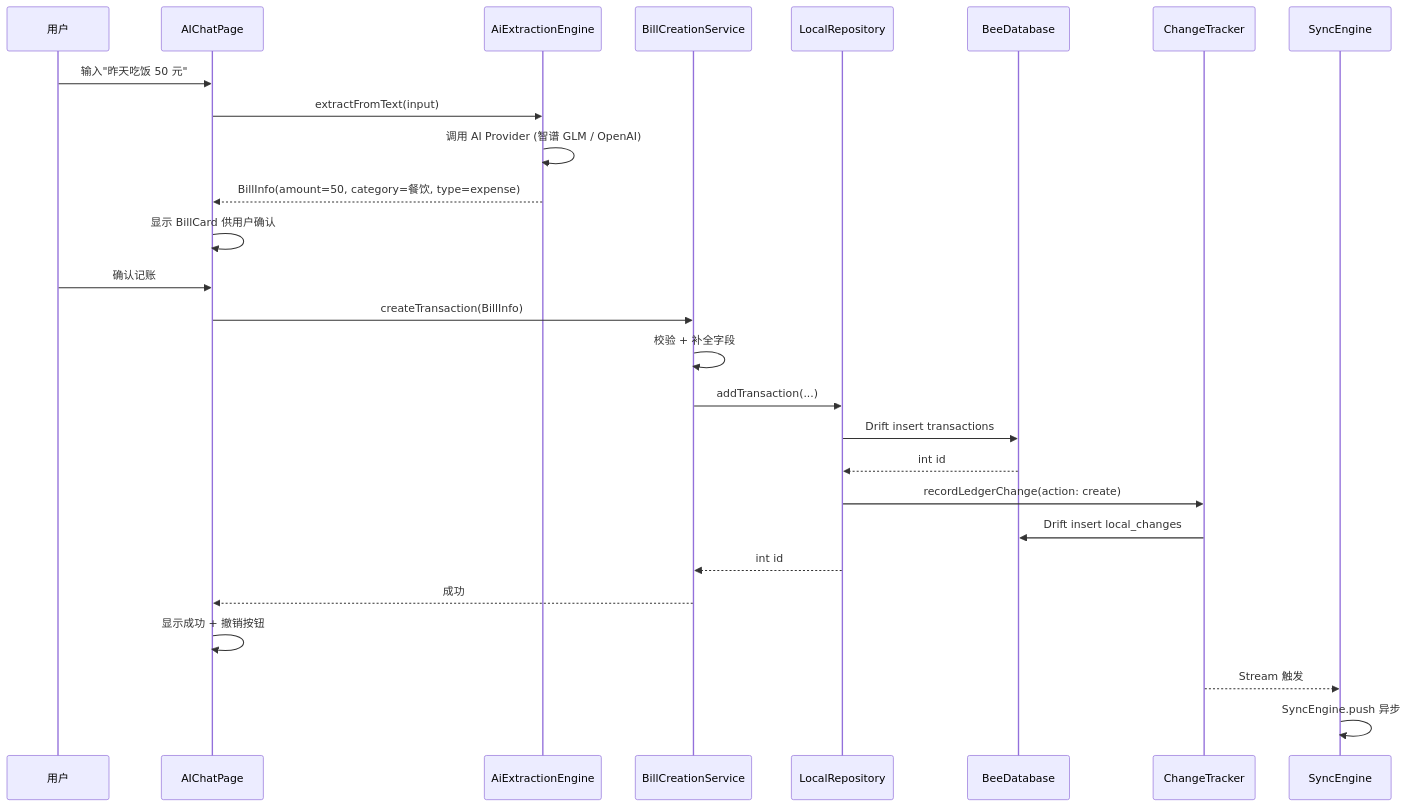
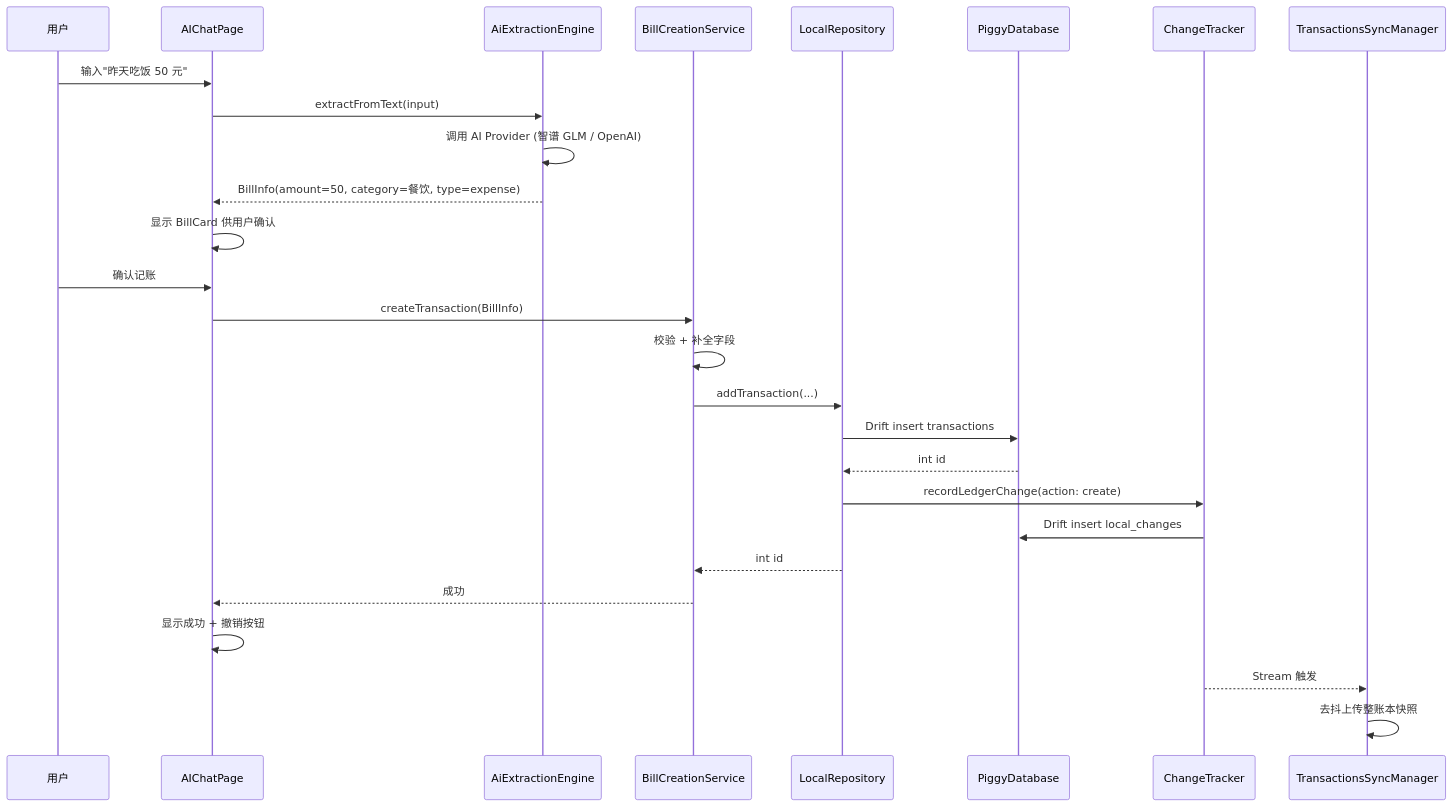
The fourth of 5 diagrams in docoments/05-core-modules.md (mecoren/PiggyCount), drawn with Mermaid before and after one commit. The commit also changed other lines of this file and 19 other files, not shown here.

First line of the commit message:
docs: 工程文档与 known-issues 同步至 schema 58 / 快照同步（2026-10-17）

````diff
--- a/docoments/05-core-modules.md
+++ b/docoments/05-core-modules.md
@@ -484,30 +484,30 @@
 ```mermaid
 sequenceDiagram
     participant User as 用户
     participant UI as AIChatPage
     participant Engine as AiExtractionEngine
     participant Service as BillCreationService
     participant Repo as LocalRepository
-    participant DB as BeeDatabase
+    participant DB as PiggyDatabase
     participant Tracker as ChangeTracker
-    participant Sync as SyncEngine
+    participant Sync as TransactionsSyncManager
 
     User->>UI: 输入"昨天吃饭 50 元"
     UI->>Engine: extractFromText(input)
     Engine->>Engine: 调用 AI Provider (智谱 GLM / OpenAI)
     Engine-->>UI: BillInfo(amount=50, category=餐饮, type=expense)
     UI->>UI: 显示 BillCard 供用户确认
     User->>UI: 确认记账
     UI->>Service: createTransaction(BillInfo)
     Service->>Service: 校验 + 补全字段
     Service->>Repo: addTransaction(...)
     Repo->>DB: Drift insert transactions
     DB-->>Repo: int id
     Repo->>Tracker: recordLedgerChange(action: create)
     Tracker->>DB: Drift insert local_changes
     Repo-->>Service: int id
     Service-->>UI: 成功
     UI->>UI: 显示成功 + 撤销按钮
     Tracker-->>Sync: Stream 触发
-    Sync->>Sync: SyncEngine.push 异步
+    Sync->>Sync: 去抖上传整账本快照
 ```
````
